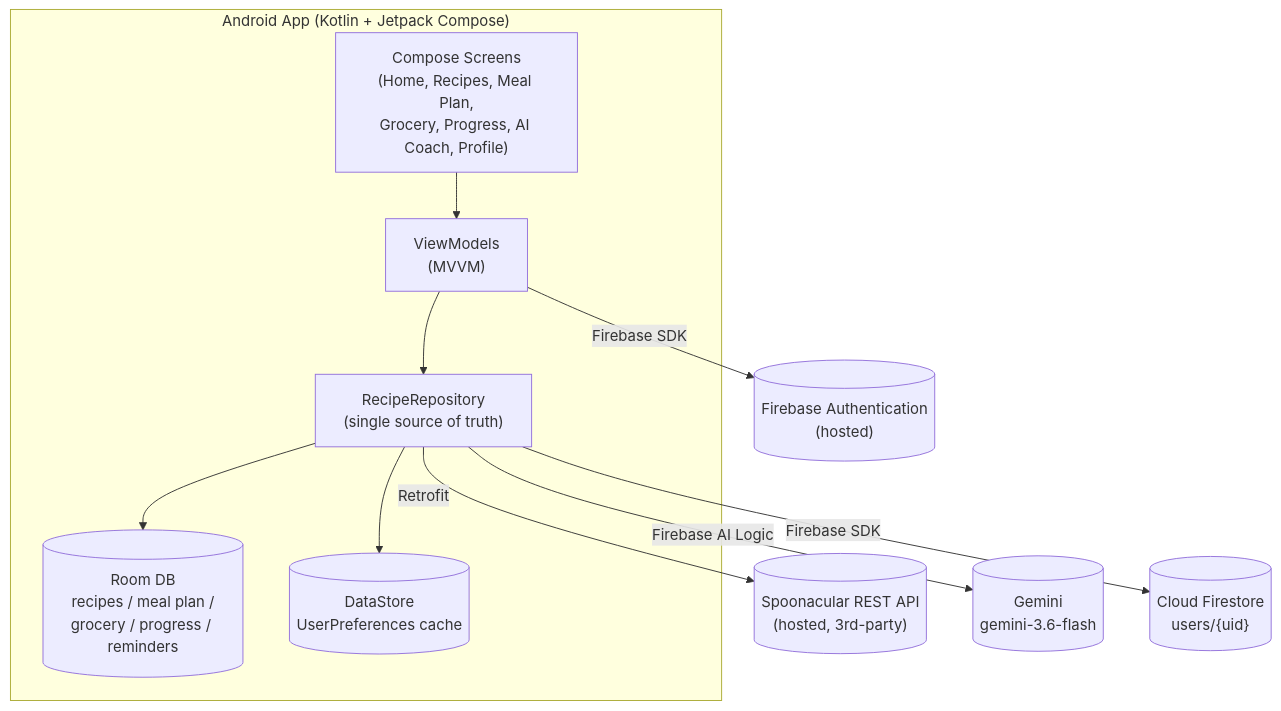
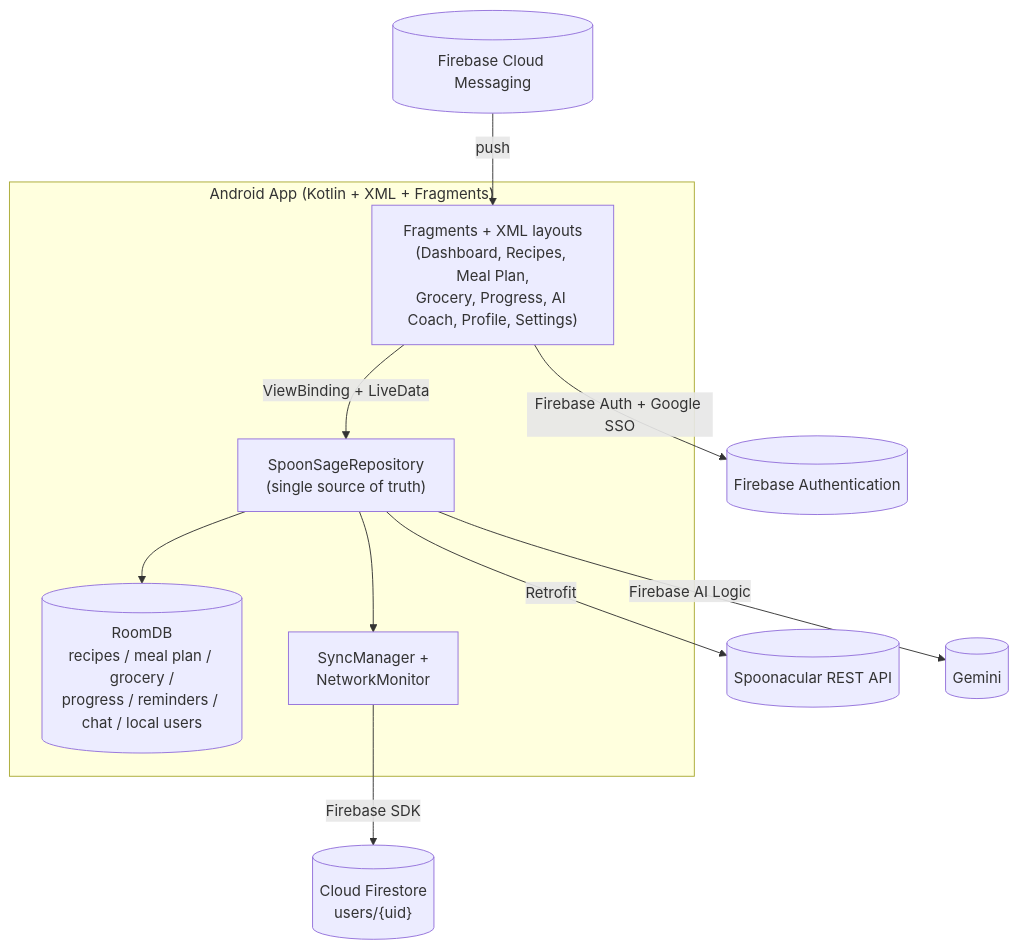
Before and after one commit to ST10311127/Spoonsage-app-: the diagram in README.md, drawn with Mermaid. The commit also changed other lines of this file and 209 other files, not shown here.

Commit message:
Final PoE: rebuild SpoonSage with XML layouts and Fragments, add Google SSO, offline sync, push notifications, isiZulu and Afrikaans, update README

````diff
--- a/README.md
+++ b/README.md
@@ -117,18 +134,18 @@
 ```mermaid
 flowchart TB
-    subgraph Device["Android App (Kotlin + Jetpack Compose)"]
-        UI["Compose Screens\n(Home, Recipes, Meal Plan,\nGrocery, Progress, AI Coach, Profile)"]
-        VM["ViewModels\n(MVVM)"]
-        Repo["RecipeRepository\n(single source of truth)"]
-        Room[("Room DB\nrecipes / meal plan /\ngrocery / progress / reminders")]
-        DS[("DataStore\nUserPreferences cache")]
-        UI --> VM --> Repo
+    subgraph Device["Android App (Kotlin + XML + Fragments)"]
+        UI["Fragments + XML layouts\n(Dashboard, Recipes, Meal Plan,\nGrocery, Progress, AI Coach, Profile, Settings)"]
+        Repo["SpoonSageRepository\n(single source of truth)"]
+        Room[("RoomDB\nrecipes / meal plan / grocery /\nprogress / reminders / chat / local users")]
+        Sync["SyncManager +\nNetworkMonitor"]
+        UI -->|ViewBinding + LiveData| Repo
         Repo --> Room
-        Repo --> DS
+        Repo --> Sync
     end
 
-    Repo -->|Retrofit| Spoonacular[("Spoonacular REST API\n(hosted, 3rd-party)")]
-    Repo -->|Firebase AI Logic| Gemini[("Gemini\ngemini-3.6-flash")]
-    VM -->|Firebase SDK| Auth[("Firebase Authentication\n(hosted)")]
-    Repo -->|Firebase SDK| Firestore[("Cloud Firestore\nusers/{uid}")]
+    Repo -->|Retrofit| Spoonacular[("Spoonacular REST API")]
+    Repo -->|Firebase AI Logic| Gemini[("Gemini")]
+    UI -->|Firebase Auth + Google SSO| Auth[("Firebase Authentication")]
+    Sync -->|Firebase SDK| Firestore[("Cloud Firestore\nusers/{uid}")]
+    FCM[("Firebase Cloud Messaging")] -->|push| UI
 ```
````
